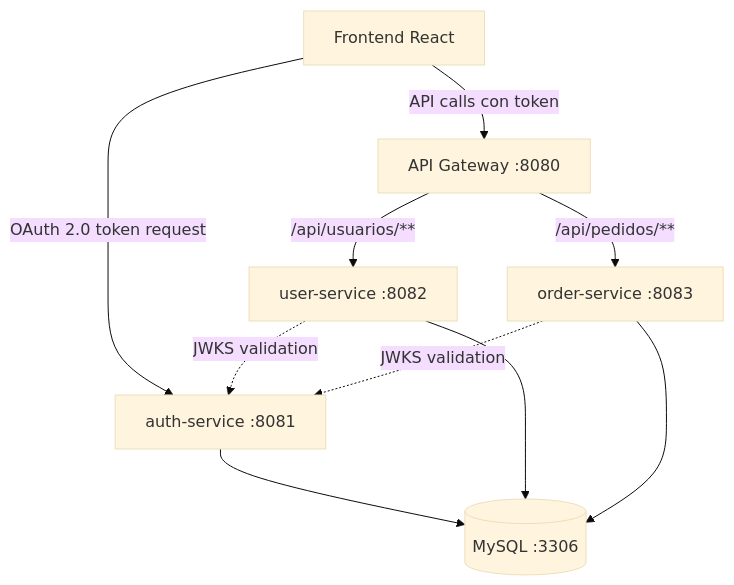
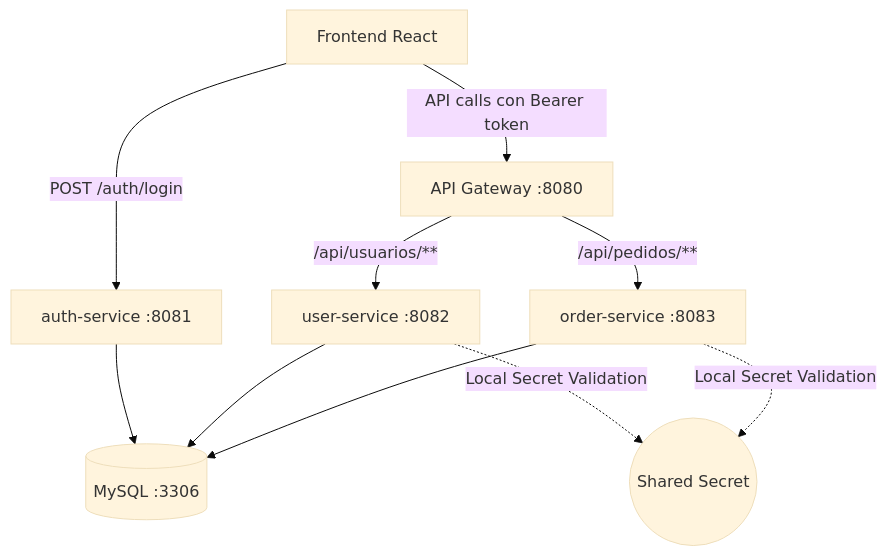
One commit to LazarusAlpha12/back_end changed the diagram in README.md. Above: the diagram before and after it, drawn with Mermaid (base theme). The commit also changed other lines of this file and 16 other files, not shown here.

Commit message:
Implementación de auth-service con JWT custom y mysql

````diff
--- a/README.md
+++ b/README.md
@@ -279,12 +284,12 @@
 ```mermaid
 graph TD
-    Client[Frontend React] -->|OAuth 2.0 token request| Auth[auth-service :8081]
-    Client -->|API calls con token| Gateway[API Gateway :8080]
+    Client[Frontend React] -->|POST /auth/login| Auth[auth-service :8081]
+    Client -->|API calls con Bearer token| Gateway[API Gateway :8080]
     Gateway -->|/api/usuarios/**| User[user-service :8082]
     Gateway -->|/api/pedidos/**| Order[order-service :8083]
     Auth --> DB[(MySQL :3306)]
     User --> DB
     Order --> DB
-    User -.->|JWKS validation| Auth
-    Order -.->|JWKS validation| Auth
+    User -.->|Local Secret Validation| JWT_Secret((Shared Secret))
+    Order -.->|Local Secret Validation| JWT_Secret
 ```
````
